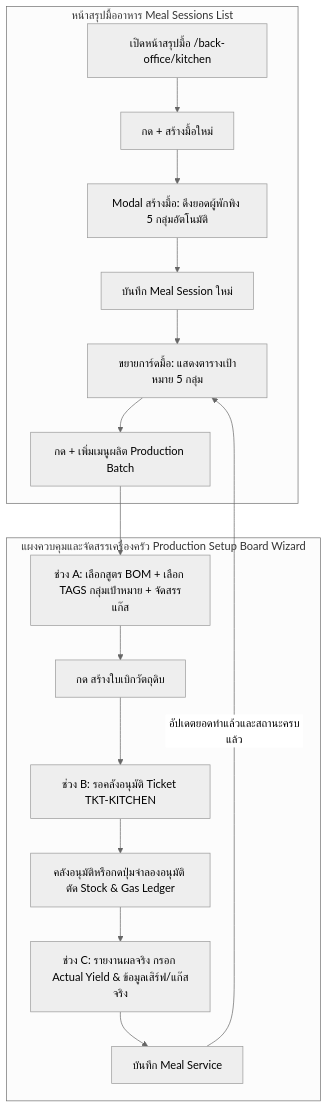
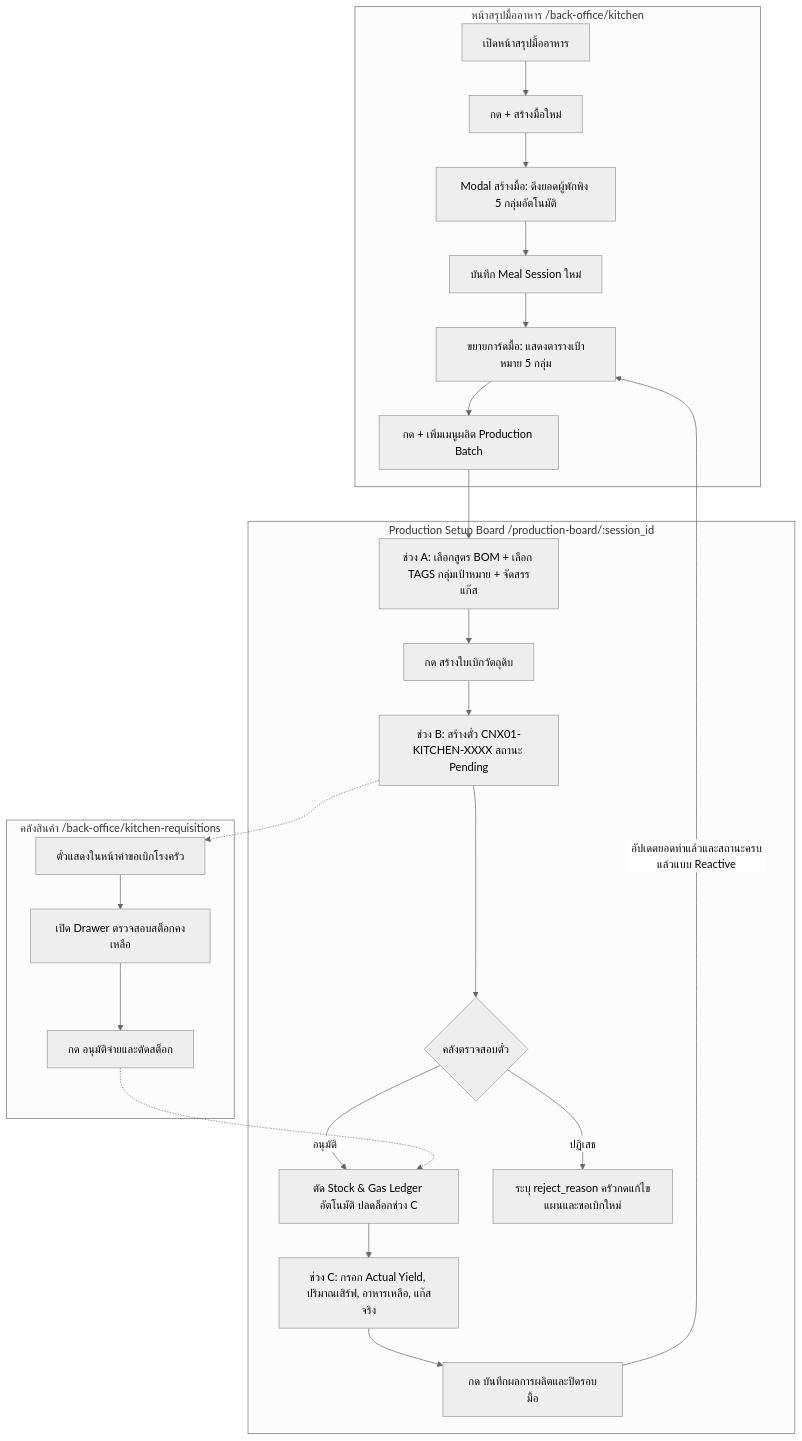
The diagram in docs/changes/draft-kitchen-meal-session-production-board-flow3.md (r202-coe-psu/tent), drawn with Mermaid (neutral theme) before and after one commit. The commit also changed other lines of this file and 2 other files, not shown here.

Commit message:
feat: draft schema kitchen & ticket meal

````diff
--- a/docs/changes/draft-kitchen-meal-session-production-board-flow3.md
+++ b/docs/changes/draft-kitchen-meal-session-production-board-flow3.md
@@ -187,21 +210,30 @@
 ```mermaid
 flowchart TD
-    subgraph S1 [หน้าสรุปมื้ออาหาร Meal Sessions List]
-        A[เปิดหน้าสรุปมื้อ /back-office/kitchen] --> B[กด + สร้างมื้อใหม่]
+    subgraph S1 [หน้าสรุปมื้ออาหาร /back-office/kitchen]
+        A[เปิดหน้าสรุปมื้ออาหาร] --> B[กด + สร้างมื้อใหม่]
         B --> C[Modal สร้างมื้อ: ดึงยอดผู้พักพิง 5 กลุ่มอัตโนมัติ]
         C --> D[บันทึก Meal Session ใหม่]
         D --> E[ขยายการ์ดมื้อ: แสดงตารางเป้าหมาย 5 กลุ่ม]
         E --> F[กด + เพิ่มเมนูผลิต Production Batch]
     end
 
-    subgraph S2 [แผงควบคุมและจัดสรรเครื่องครัว Production Setup Board Wizard]
+    subgraph S2 [Production Setup Board /production-board/:session_id]
         F --> G[ช่วง A: เลือกสูตร BOM + เลือก TAGS กลุ่มเป้าหมาย + จัดสรรแก๊ส]
         G --> H[กด สร้างใบเบิกวัตถุดิบ]
-        H --> I[ช่วง B: รอคลังอนุมัติ Ticket TKT-KITCHEN]
-        I --> J[คลังอนุมัติหรือกดปุ่มจำลองอนุมัติ ตัด Stock & Gas Ledger]
-        J --> K[ช่วง C: รายงานผลจริง กรอก Actual Yield & ข้อมูลเสิร์ฟ/แก๊สจริง]
-        K --> L[บันทึก Meal Service]
+        H --> I[ช่วง B: สร้างตั๋ว CNX01-KITCHEN-XXXX สถานะ Pending]
+        I --> J{คลังตรวจสอบตั๋ว}
+        J -->|อนุมัติ| K[ตัด Stock & Gas Ledger อัตโนมัติ ปลดล็อกช่วง C]
+        J -->|ปฏิเสธ| R[ระบุ reject_reason ครัวกดแก้ไขแผนและขอเบิกใหม่]
+        K --> L[ช่วง C: กรอก Actual Yield, ปริมาณเสิร์ฟ, อาหารเหลือ, แก๊สจริง]
+        L --> M[กด บันทึกผลการผลิตและปิดรอบมื้อ]
     end
 
-    L -->|อัปเดตยอดทำแล้วและสถานะครบแล้ว| E
+    subgraph S3 [คลังสินค้า /back-office/kitchen-requisitions]
+        I -.-> N[ตั๋วแสดงในหน้าคำขอเบิกโรงครัว]
+        N --> O[เปิด Drawer ตรวจสอบสต็อกคงเหลือ]
+        O --> P[กด อนุมัติจ่ายและตัดสต็อก]
+        P -.-> K
+    end
+
+    M -->|อัปเดตยอดทำแล้วและสถานะครบแล้วแบบ Reactive| E
 ```
````
